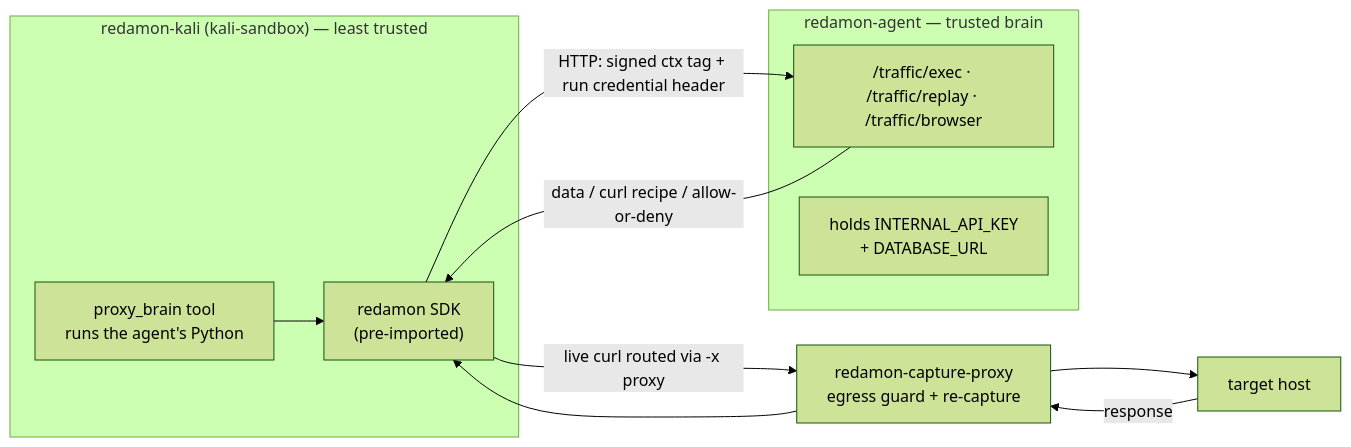
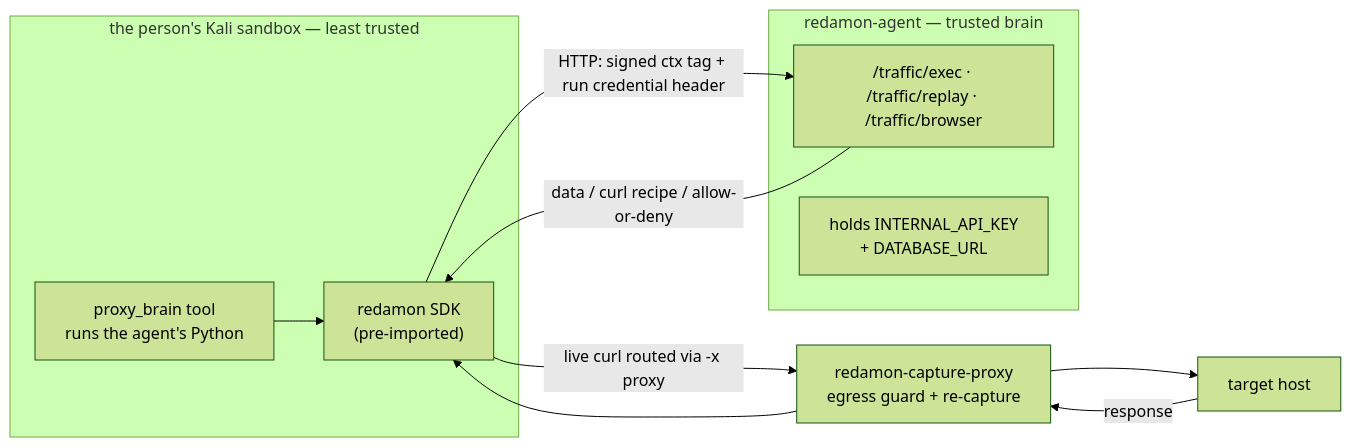
The eighth of 14 diagrams in docs/readmes/README.TRAFFIC.md (samugit83/redamon), drawn with Mermaid (forest theme) before and after one commit. The commit also changed other lines of this file and 52 other files, not shown here.

First line of the commit message:
docs(sandbox): per-user Kali sandboxes across docs, wiki and agent rules (group 1)

````diff
--- a/docs/readmes/README.TRAFFIC.md
+++ b/docs/readmes/README.TRAFFIC.md
@@ -887,16 +945,16 @@
 ```mermaid
 flowchart LR
-    subgraph kali["redamon-kali (kali-sandbox) — least trusted"]
+    subgraph kali["the person's Kali sandbox — least trusted"]
       PB["proxy_brain tool<br/>runs the agent's Python"] --> RS["redamon SDK<br/>(pre-imported)"]
     end
     subgraph agentc["redamon-agent — trusted brain"]
       EP["/traffic/exec · /traffic/replay · /traffic/browser"]
       SEC["holds INTERNAL_API_KEY<br/>+ DATABASE_URL"]
     end
     CP["redamon-capture-proxy<br/>egress guard + re-capture"]
     TGT["target host"]
     RS -->|"HTTP: signed ctx tag + run credential header"| EP
     EP -->|"data / curl recipe / allow-or-deny"| RS
     RS -->|"live curl routed via -x proxy"| CP --> TGT
     TGT -->|response| CP --> RS
 ```
````
